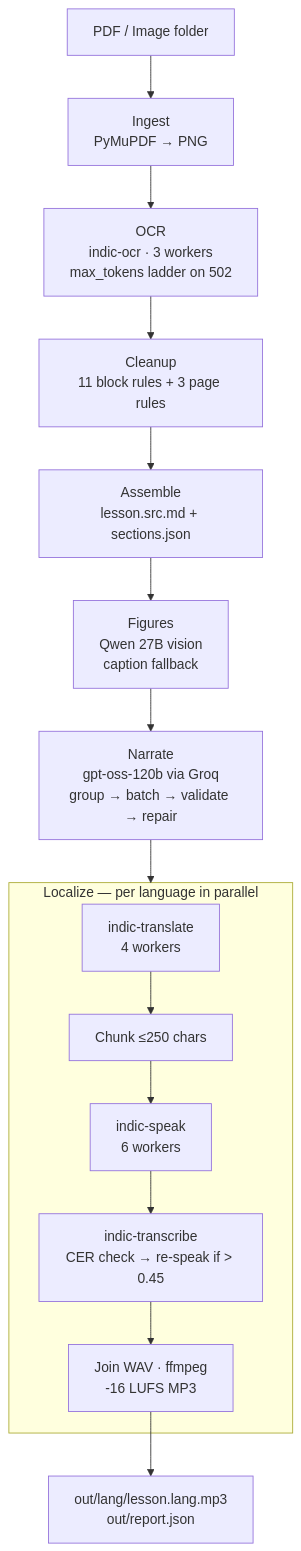
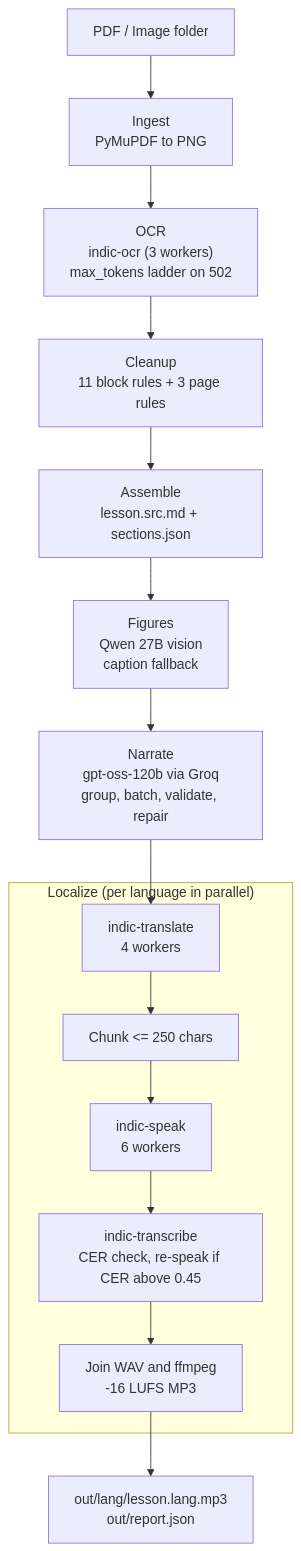
Before and after one commit to Bodhan-AI/Bodhan-AI-Cookbook: the first of 2 diagrams in examples/narrated-lesson/README.md, drawn with Mermaid. The commit also changed other lines of this file, not shown here.

Commit message:
Update README with validated Mermaid diagrams and clean tables

````diff
--- a/examples/narrated-lesson/README.md
+++ b/examples/narrated-lesson/README.md
@@ -41,21 +41,19 @@
 ```mermaid
 flowchart TD
-  PDF["PDF / Image folder"] --> ING["Ingest\nPyMuPDF → PNG"]
-  ING --> OCR["OCR\nindic-ocr · 3 workers\nmax_tokens ladder on 502"]
-  OCR --> CLN["Cleanup\n11 block rules + 3 page rules"]
-  CLN --> ASM["Assemble\nlesson.src.md + sections.json"]
+    PDF["PDF / Image folder"] --> ING["Ingest<br/>PyMuPDF to PNG"]
+    ING --> OCR["OCR<br/>indic-ocr (3 workers)<br/>max_tokens ladder on 502"]
+    OCR --> CLN["Cleanup<br/>11 block rules + 3 page rules"]
+    CLN --> ASM["Assemble<br/>lesson.src.md + sections.json"]
+    ASM --> FIG["Figures<br/>Qwen 27B vision<br/>caption fallback"]
+    FIG --> NAR["Narrate<br/>gpt-oss-120b via Groq<br/>group, batch, validate, repair"]
+    NAR --> TR
 
-  ASM --> FIG["Figures\nQwen 27B vision\ncaption fallback"]
-  FIG --> NAR["Narrate\ngpt-oss-120b via Groq\ngroup → batch → validate → repair"]
+    subgraph LOC["Localize (per language in parallel)"]
+        TR["indic-translate<br/>4 workers"] --> CHK["Chunk <= 250 chars"]
+        CHK --> SP["indic-speak<br/>6 workers"]
+        SP --> CER["indic-transcribe<br/>CER check, re-speak if CER above 0.45"]
+        CER --> AUD["Join WAV and ffmpeg<br/>-16 LUFS MP3"]
+    end
 
-  NAR --> LOC
-
-  subgraph LOC["Localize — per language in parallel"]
-    TR["indic-translate\n4 workers"] --> CHK["Chunk ≤250 chars"]
-    CHK --> SP["indic-speak\n6 workers"]
-    SP --> CER["indic-transcribe\nCER check → re-speak if > 0.45"]
-    CER --> AUD["Join WAV · ffmpeg\n-16 LUFS MP3"]
-  end
-
-  AUD --> OUT["out/lang/lesson.lang.mp3\nout/report.json"]
+    AUD --> OUT["out/lang/lesson.lang.mp3<br/>out/report.json"]
 ```
````
